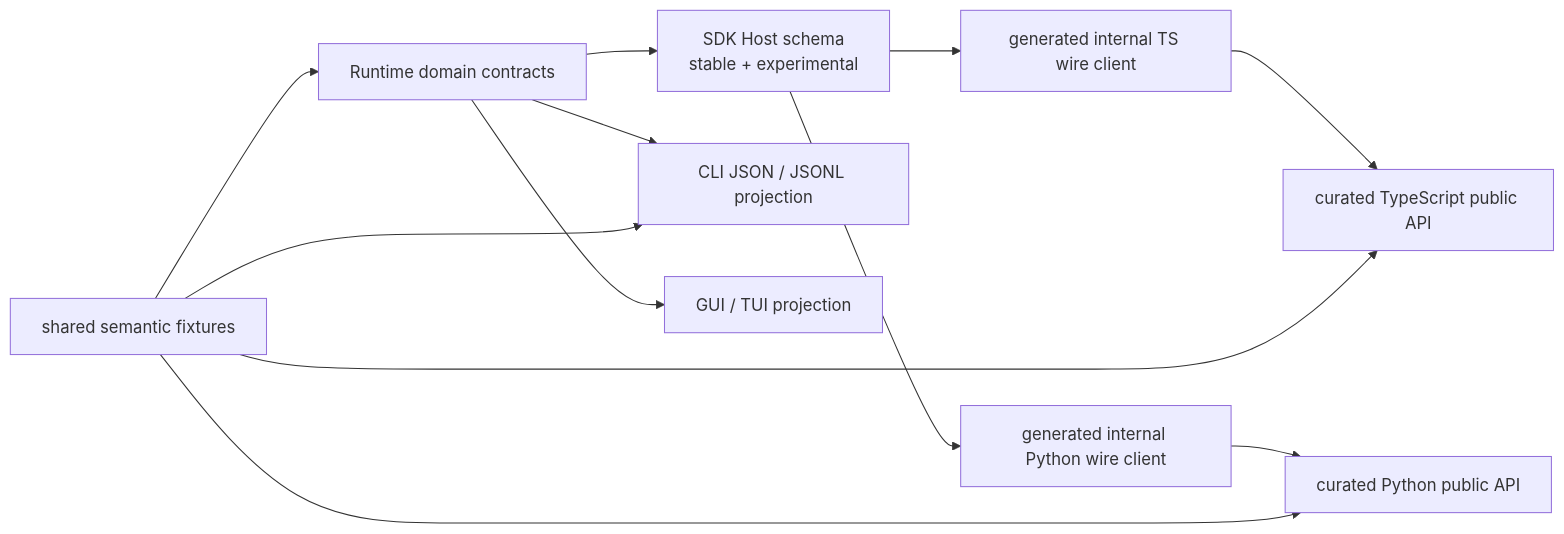
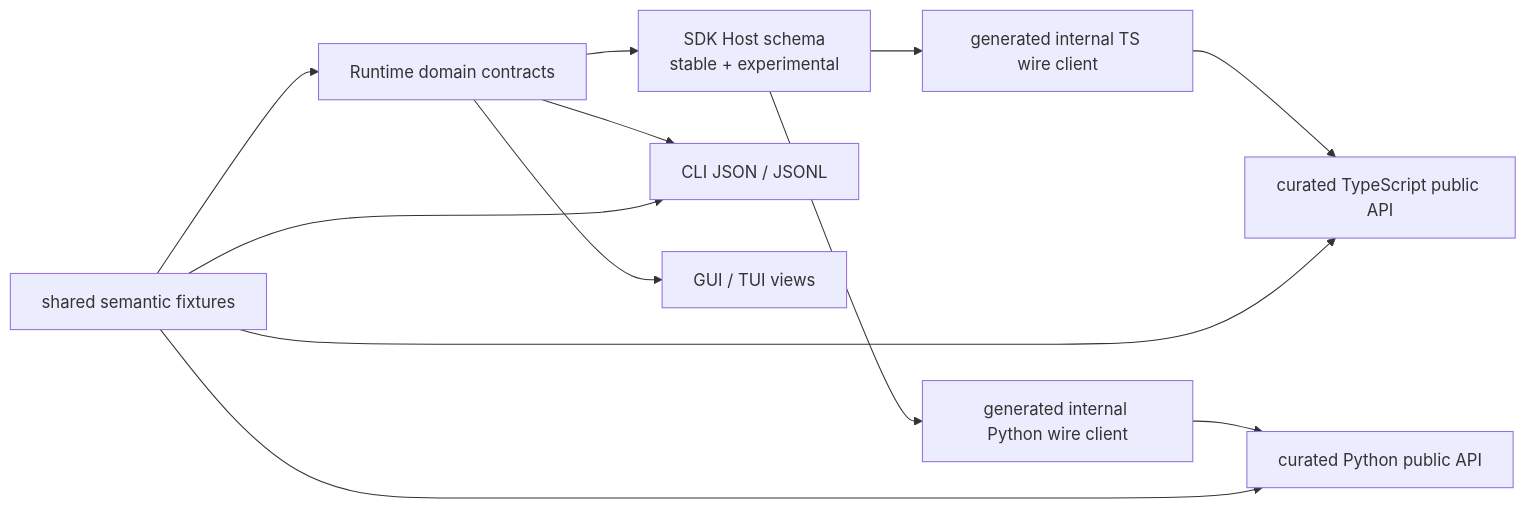
One commit to 1688mengdie/BitFun changed the tenth of 12 diagrams in docs/architecture/agent-sdk-product-architecture.md. Above: the diagram before and after it, drawn with Mermaid. The commit also changed other lines of this file and 61 other files, not shown here.

````diff
--- a/docs/architecture/agent-sdk-product-architecture.md
+++ b/docs/architecture/agent-sdk-product-architecture.md
@@ -485,15 +478,15 @@
 ```mermaid
 flowchart LR
   Runtime["Runtime domain contracts"] --> HostSchema["SDK Host schema\nstable + experimental"]
   HostSchema --> TSClient["generated internal TS wire client"]
   HostSchema --> PyClient["generated internal Python wire client"]
   TSClient --> TSApi["curated TypeScript public API"]
   PyClient --> PyApi["curated Python public API"]
-  Runtime --> CLIProjection["CLI JSON / JSONL projection"]
-  Runtime --> UIProjection["GUI / TUI projection"]
+  Runtime --> CLIProjection["CLI JSON / JSONL"]
+  Runtime --> UIProjection["GUI / TUI views"]
 
   Fixtures["shared semantic fixtures"] --> Runtime
   Fixtures --> TSApi
   Fixtures --> PyApi
   Fixtures --> CLIProjection
 ```
````
